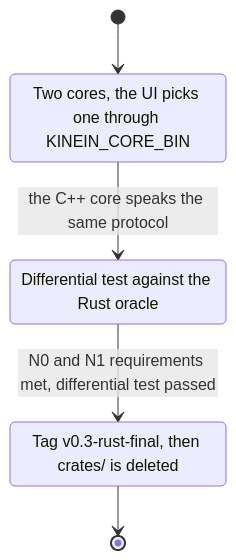
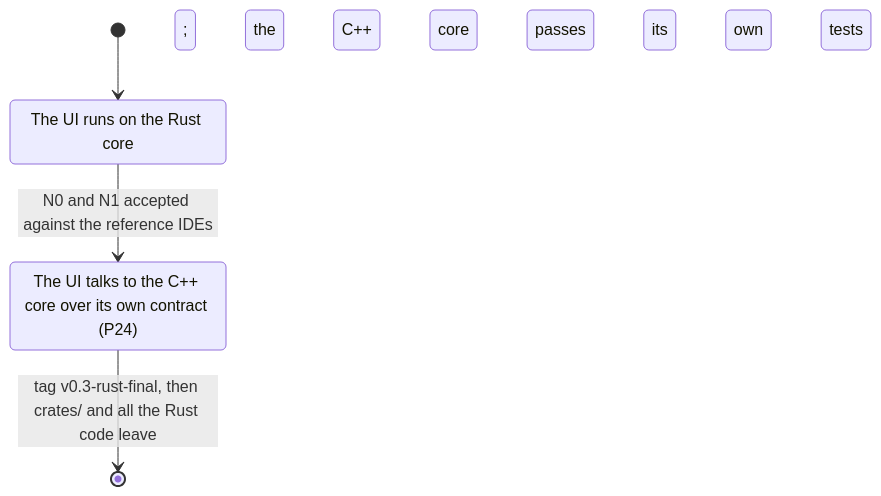
Before and after one commit to ViktorWalde/KineinVectis: the diagram in docs/adr/ADR-0012-cpp23-backend.md, drawn with Mermaid. The commit also changed other lines of this file and 12 other files, not shown here.

First line of the commit message:
docs: the reference IDEs replace 0.3 as the reference of the core

````diff
--- a/docs/adr/ADR-0012-cpp23-backend.md
+++ b/docs/adr/ADR-0012-cpp23-backend.md
@@ -54,10 +59,8 @@
 ```mermaid
 stateDiagram-v2
-    [*] --> TwoCores
-    TwoCores: Two cores, the UI picks one through KINEIN_CORE_BIN
-    TwoCores --> Measured: the C++ core speaks the same protocol
-    Measured: Differential test against the Rust oracle
-    Measured --> RustDeleted: N0 and N1 requirements met, differential test passed
-    RustDeleted: Tag v0.3-rust-final, then crates/ is deleted
-    RustDeleted --> [*]
+    [*] --> Building
+    Building: The UI runs on the Rust core; the C++ core passes its own tests
+    Building --> Synced: N0 and N1 accepted against the reference IDEs
+    Synced: The UI talks to the C++ core over its own contract (P24)
+    Synced --> [*]: tag v0.3-rust-final, then crates/ and all the Rust code leave
 ```
````
